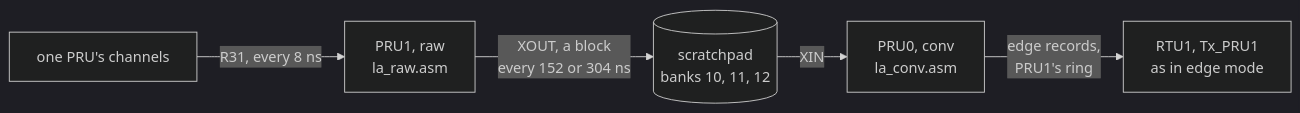
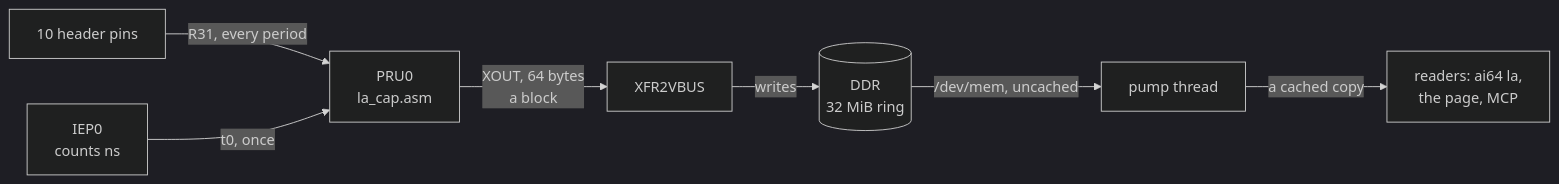
Before and after one commit to kevinacahalan/BeagleBoneAI64-linux-zephyr-pru-c7x-c66x-demo: the diagram in pru/logic_analyzer/README.md, drawn with Mermaid (dark theme). The commit also changed other lines of this file and 11 other files, not shown here.

First line of the commit message:
Logic analyzer docs for PRU0 alone at a chosen rate; jumpers for all 10 channels

````diff
--- a/pru/logic_analyzer/README.md
+++ b/pru/logic_analyzer/README.md
@@ -77,7 +30,9 @@
 ```mermaid
 flowchart LR
-  pins["one PRU's channels"] -->|"R31, every 8 ns"| raw["PRU1, raw<br/>la_raw.asm"]
-  raw -->|"XOUT, a block<br/>every 152 or 304 ns"| spad[("scratchpad<br/>banks 10, 11, 12")]
-  spad -->|"XIN"| conv["PRU0, conv<br/>la_conv.asm"]
-  conv -->|"edge records,<br/>PRU1's ring"| rtu1["RTU1, Tx_PRU1<br/>as in edge mode"]
+  pins["10 header pins"] -->|"R31, every period"| pru0["PRU0<br/>la_cap.asm"]
+  iep["IEP0<br/>counts ns"] -->|"t0, once"| pru0
+  pru0 -->|"XOUT, 64 bytes<br/>a block"| x2v["XFR2VBUS"]
+  x2v -->|"writes"| ddr[("DDR<br/>32 MiB ring")]
+  ddr -->|"/dev/mem, uncached"| pump["pump thread"]
+  pump -->|"a cached copy"| rd["readers: ai64 la,<br/>the page, MCP"]
 ```
````
